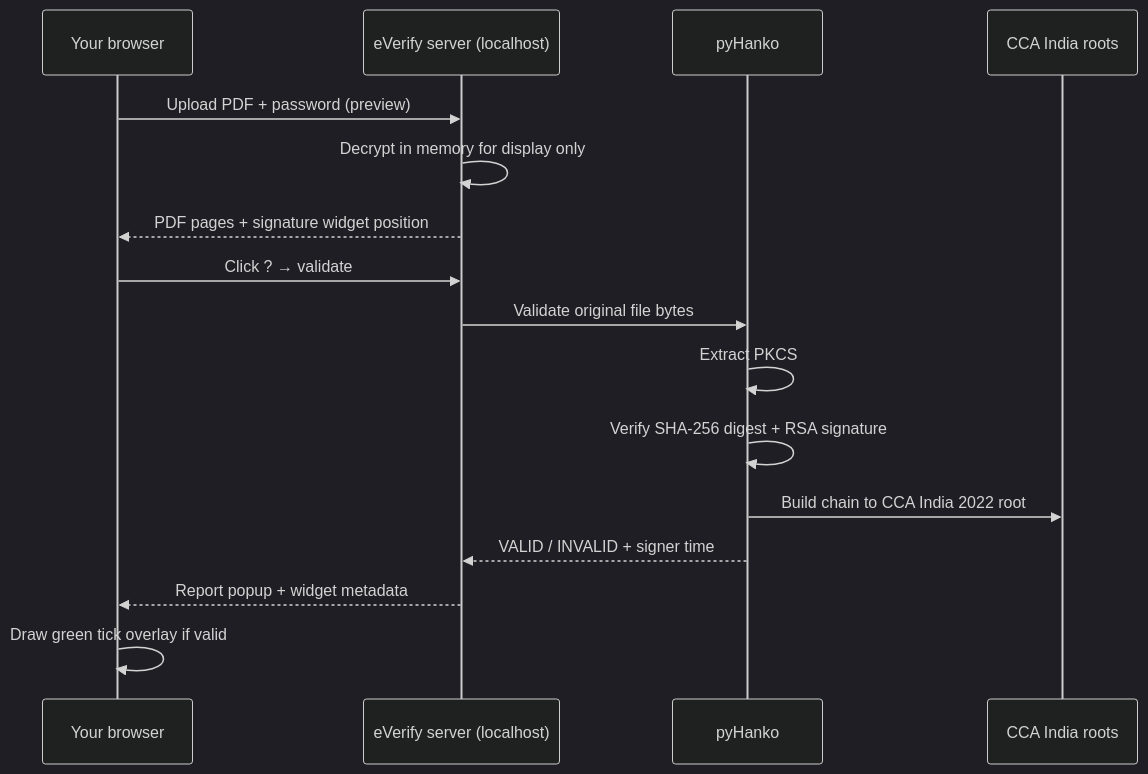
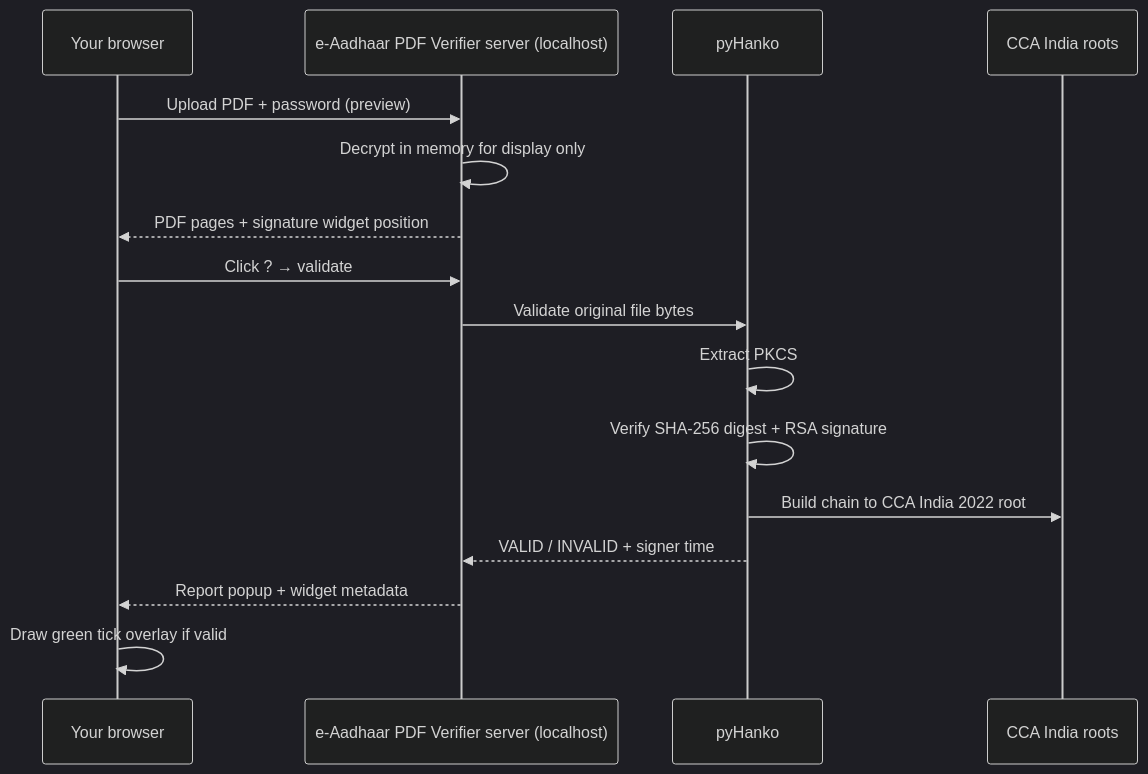
One commit to danted4/eaadhaar-pdf-signature-verifier changed the second of 2 diagrams in README.md. Above: the diagram before and after it, drawn with Mermaid (dark theme). The commit also changed other lines of this file and 4 other files, not shown here.

First line of the commit message:
Rename project to eaadhaar-pdf-signature-verifier for discoverability.

````diff
--- a/README.md
+++ b/README.md
@@ -262,20 +264,20 @@
 ```mermaid
 sequenceDiagram
   participant U as Your browser
-  participant S as eVerify server (localhost)
+  participant S as e-Aadhaar PDF Verifier server (localhost)
   participant P as pyHanko
   participant C as CCA India roots
 
   U->>S: Upload PDF + password (preview)
   S->>S: Decrypt in memory for display only
   S-->>U: PDF pages + signature widget position
 
   U->>S: Click ? → validate
   S->>P: Validate original file bytes
   P->>P: Extract PKCS#7 signature
   P->>P: Verify SHA-256 digest + RSA signature
   P->>C: Build chain to CCA India 2022 root
   P-->>S: VALID / INVALID + signer time
   S-->>U: Report popup + widget metadata
   U->>U: Draw green tick overlay if valid
 ```
````
